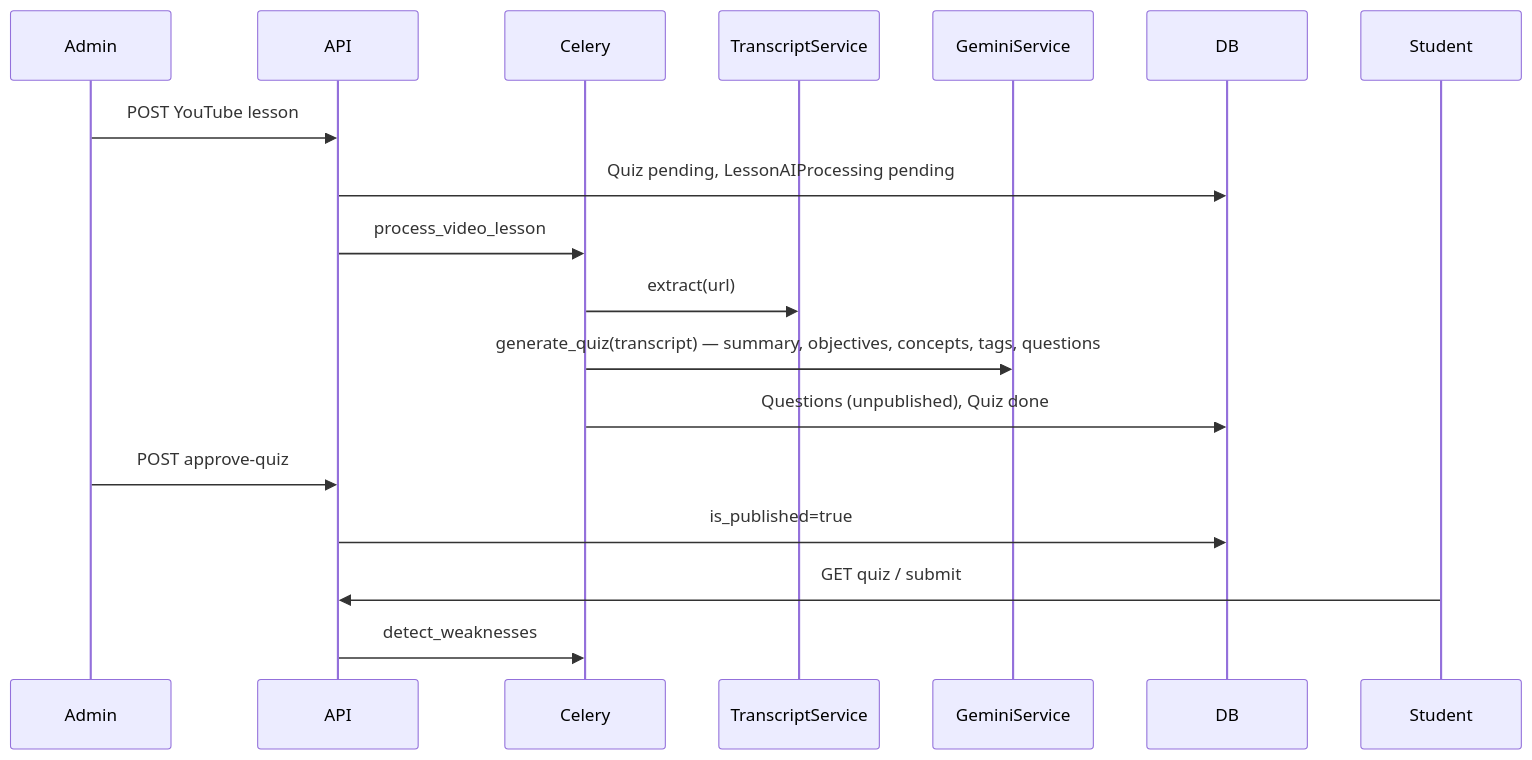
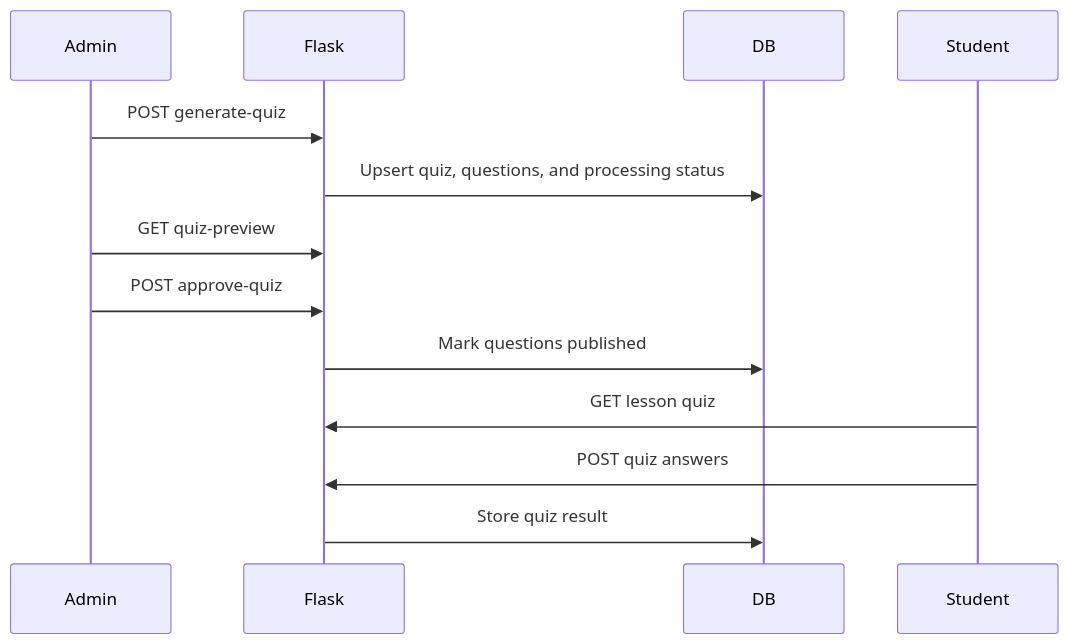
One commit to Shemsanofly/Coding-Platform changed the diagram in docs/AI_QUIZ_GENERATION.md. Above: the diagram before and after it, drawn with Mermaid. The commit also changed other lines of this file and 162 other files, not shown here.

````diff
--- a/docs/AI_QUIZ_GENERATION.md
+++ b/docs/AI_QUIZ_GENERATION.md
@@ -17,20 +19,16 @@
 ```mermaid
 sequenceDiagram
     participant Admin
-    participant API
-    participant Celery
-    participant Transcript as TranscriptService
-    participant Gemini as GeminiService
+    participant Flask
     participant DB
+    participant Student
 
-    Admin->>API: POST YouTube lesson
-    API->>DB: Quiz pending, LessonAIProcessing pending
-    API->>Celery: process_video_lesson
-    Celery->>Transcript: extract(url)
-    Celery->>Gemini: generate_quiz(transcript) — summary, objectives, concepts, tags, questions
-    Celery->>DB: Questions (unpublished), Quiz done
-    Admin->>API: POST approve-quiz
-    API->>DB: is_published=true
-    Student->>API: GET quiz / submit
-    API->>Celery: detect_weaknesses
+    Admin->>Flask: POST generate-quiz
+    Flask->>DB: Upsert quiz, questions, and processing status
+    Admin->>Flask: GET quiz-preview
+    Admin->>Flask: POST approve-quiz
+    Flask->>DB: Mark questions published
+    Student->>Flask: GET lesson quiz
+    Student->>Flask: POST quiz answers
+    Flask->>DB: Store quiz result
 ```
````
